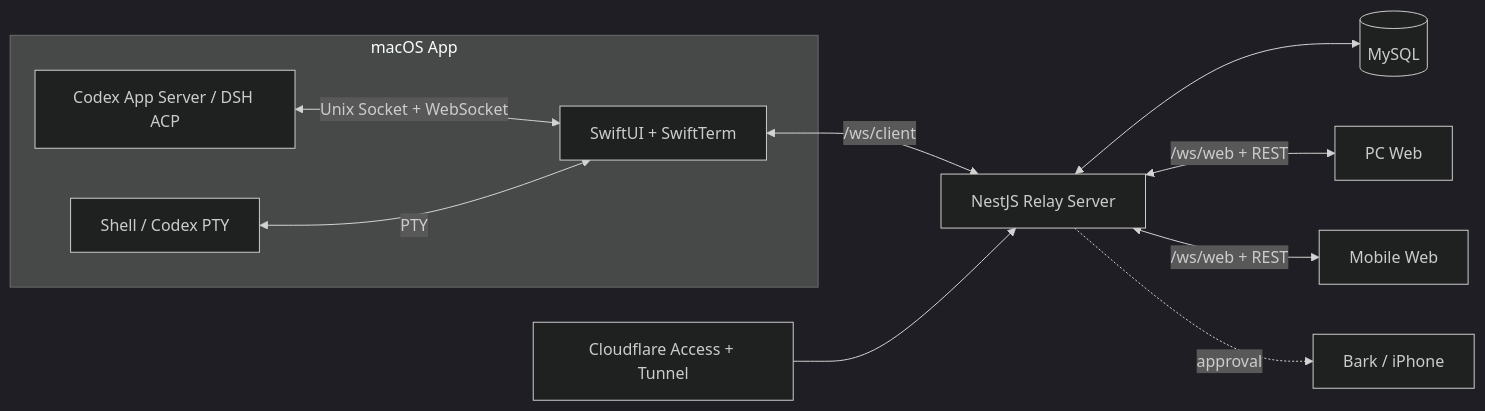
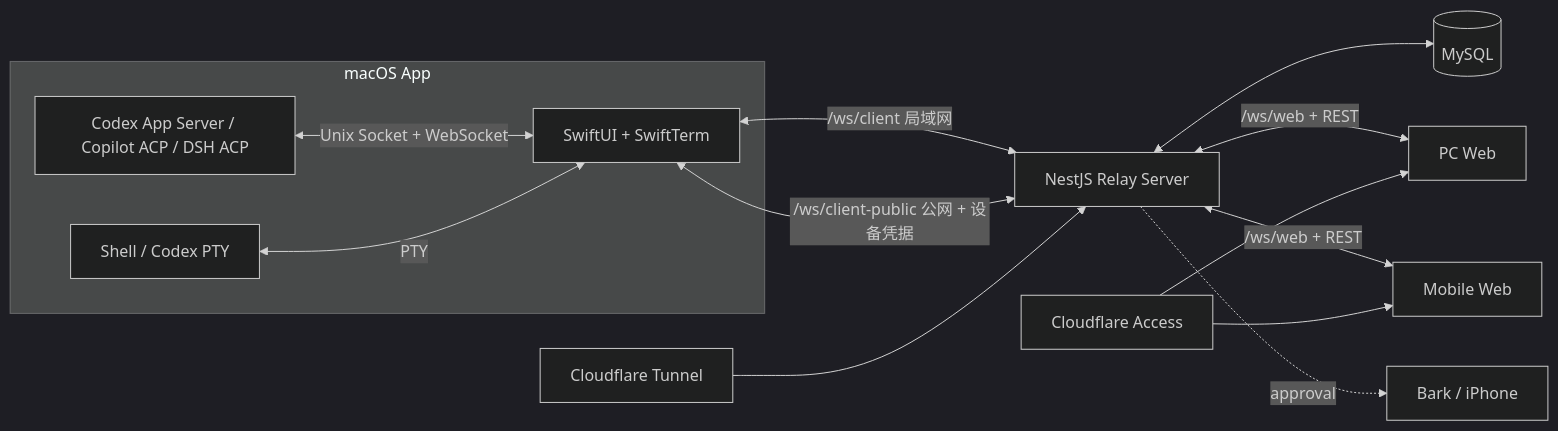
Before and after one commit to wangweijia/TermRelay: the diagram in README.md, drawn with Mermaid (dark theme). The commit also changed other lines of this file and 2 other files, not shown here.

First line of the commit message:
docs: 完善 README 与 Cloudflare 文档

````diff
--- a/README.md
+++ b/README.md
@@ -71,17 +88,20 @@
 ```mermaid
 flowchart LR
     subgraph Mac[macOS App]
         PTY[Shell / Codex PTY]
-        ACP[Codex App Server / DSH ACP]
+        ACP[Codex App Server / Copilot ACP / DSH ACP]
         UI[SwiftUI + SwiftTerm]
         ACP <-->|Unix Socket + WebSocket| UI
         PTY <-->|PTY| UI
     end
 
-    UI <-->|/ws/client| Server[NestJS Relay Server]
+    UI <-->|/ws/client 局域网| Server[NestJS Relay Server]
+    UI <-->|/ws/client-public 公网 + 设备凭据| Server
     Server <--> DB[(MySQL)]
     Server <-->|/ws/web + REST| Desktop[PC Web]
     Server <-->|/ws/web + REST| Mobile[Mobile Web]
     Server -. approval .-> Bark[Bark / iPhone]
-    Access[Cloudflare Access + Tunnel] --> Server
+    Access[Cloudflare Access] --> Desktop
+    Access --> Mobile
+    Tunnel[Cloudflare Tunnel] --> Server
 ```
````
